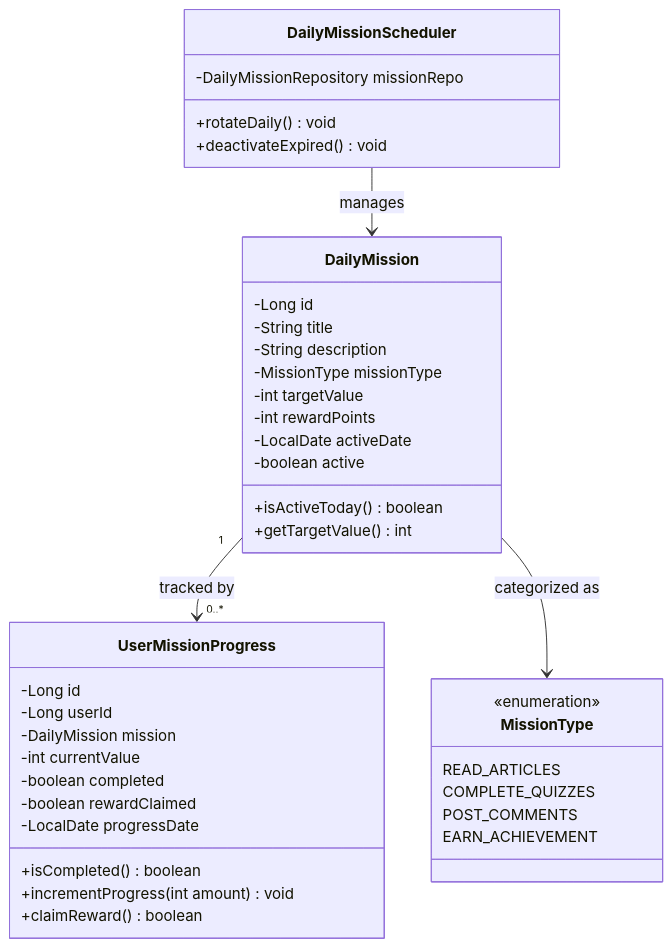
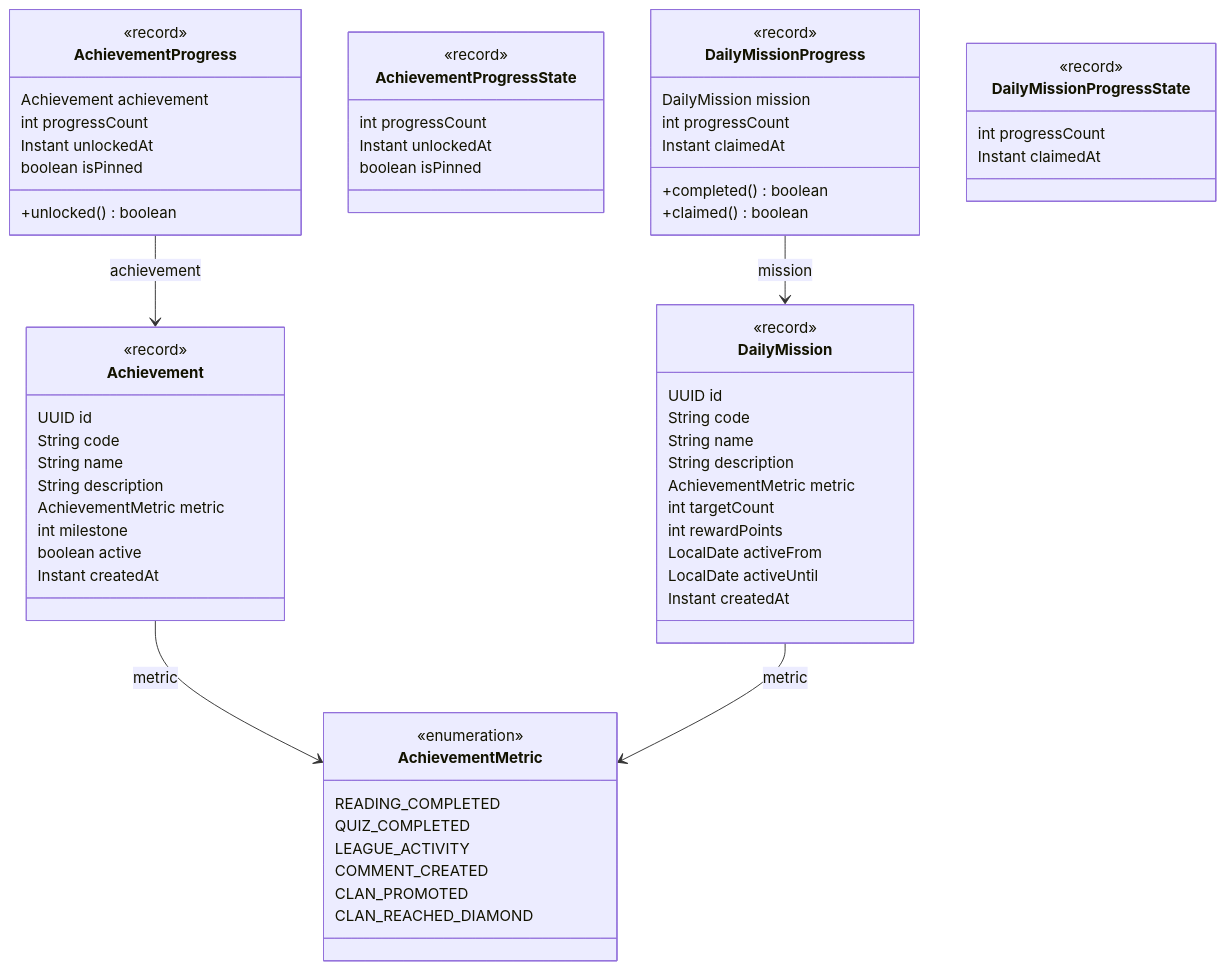
Before and after one commit to advprog-2026-A15-project/yomu-infra: the seventh of 9 diagrams in README.md, drawn with Mermaid. The commit also changed other lines of this file, not shown here.

````diff
--- a/README.md
+++ b/README.md
@@ -726,46 +702,74 @@
 ```mermaid
 classDiagram
-    class DailyMission {
-        -Long id
-        -String title
-        -String description
-        -MissionType missionType
-        -int targetValue
-        -int rewardPoints
-        -LocalDate activeDate
-        -boolean active
-        +isActiveToday() boolean
-        +getTargetValue() int
+    class Achievement {
+        <<record>>
+        UUID id
+        String code
+        String name
+        String description
+        AchievementMetric metric
+        int milestone
+        boolean active
+        Instant createdAt
     }
 
-    class UserMissionProgress {
-        -Long id
-        -Long userId
-        -DailyMission mission
-        -int currentValue
-        -boolean completed
-        -boolean rewardClaimed
-        -LocalDate progressDate
-        +isCompleted() boolean
-        +incrementProgress(int amount) void
-        +claimReward() boolean
+    class AchievementMetric {
+        <<enumeration>>
+        READING_COMPLETED
+        QUIZ_COMPLETED
+        LEAGUE_ACTIVITY
+        COMMENT_CREATED
+        CLAN_PROMOTED
+        CLAN_REACHED_DIAMOND
     }
 
-    class MissionType {
-        <<enumeration>>
-        READ_ARTICLES
-        COMPLETE_QUIZZES
-        POST_COMMENTS
-        EARN_ACHIEVEMENT
+    class AchievementProgress {
+        <<record>>
+        Achievement achievement
+        int progressCount
+        Instant unlockedAt
+        boolean isPinned
+        +unlocked() boolean
     }
 
-    class DailyMissionScheduler {
-        -DailyMissionRepository missionRepo
-        +rotateDaily() void
-        +deactivateExpired() void
+    class AchievementProgressState {
+        <<record>>
+        int progressCount
+        Instant unlockedAt
+        boolean isPinned
     }
 
-    DailyMission "1" --> "0..*" UserMissionProgress : tracked by
-    DailyMission --> MissionType : categorized as
-    DailyMissionScheduler --> DailyMission : manages
+    class DailyMission {
+        <<record>>
+        UUID id
+        String code
+        String name
+        String description
+        AchievementMetric metric
+        int targetCount
+        int rewardPoints
+        LocalDate activeFrom
+        LocalDate activeUntil
+        Instant createdAt
+    }
+
+    class DailyMissionProgress {
+        <<record>>
+        DailyMission mission
+        int progressCount
+        Instant claimedAt
+        +completed() boolean
+        +claimed() boolean
+    }
+
+    class DailyMissionProgressState {
+        <<record>>
+        int progressCount
+        Instant claimedAt
+    }
+
+    Achievement --> AchievementMetric : metric
+    AchievementProgress --> Achievement : achievement
+    DailyMission --> AchievementMetric : metric
+    DailyMissionProgress --> DailyMission : mission
 ```
````
